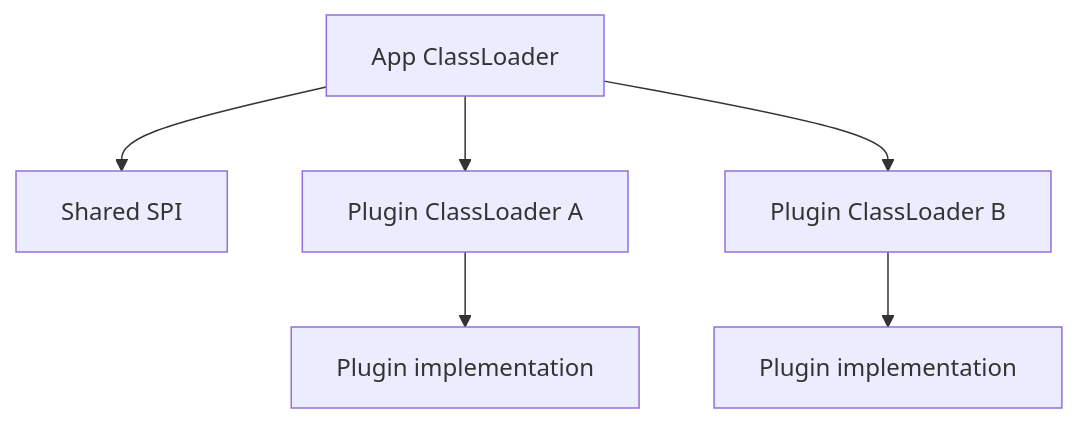
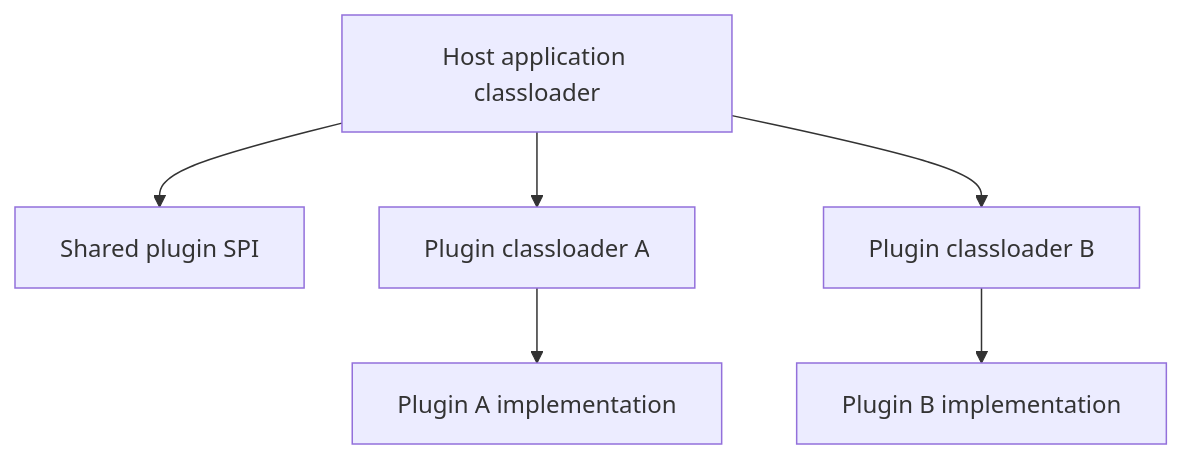
Before and after one commit to sandeepbhardwaj/sandeepbhardwaj.github.io: the diagram in _posts/2026-05-22-classloaders-plugin-architecture-java.md, drawn with Mermaid. The commit also changed other lines of this file and 113 other files, not shown here.

````diff
--- a/_posts/2026-05-22-classloaders-plugin-architecture-java.md
+++ b/_posts/2026-05-22-classloaders-plugin-architecture-java.md
@@ -143,8 +42,8 @@
-        ```mermaid
+```mermaid
 flowchart TD
-    A[App ClassLoader] --> B[Shared SPI]
-    A --> C[Plugin ClassLoader A]
-    A --> D[Plugin ClassLoader B]
-    C --> E[Plugin implementation]
-    D --> F[Plugin implementation]
+    A[Host application classloader] --> B[Shared plugin SPI]
+    A --> C[Plugin classloader A]
+    A --> D[Plugin classloader B]
+    C --> E[Plugin A implementation]
+    D --> F[Plugin B implementation]
 ```
````
